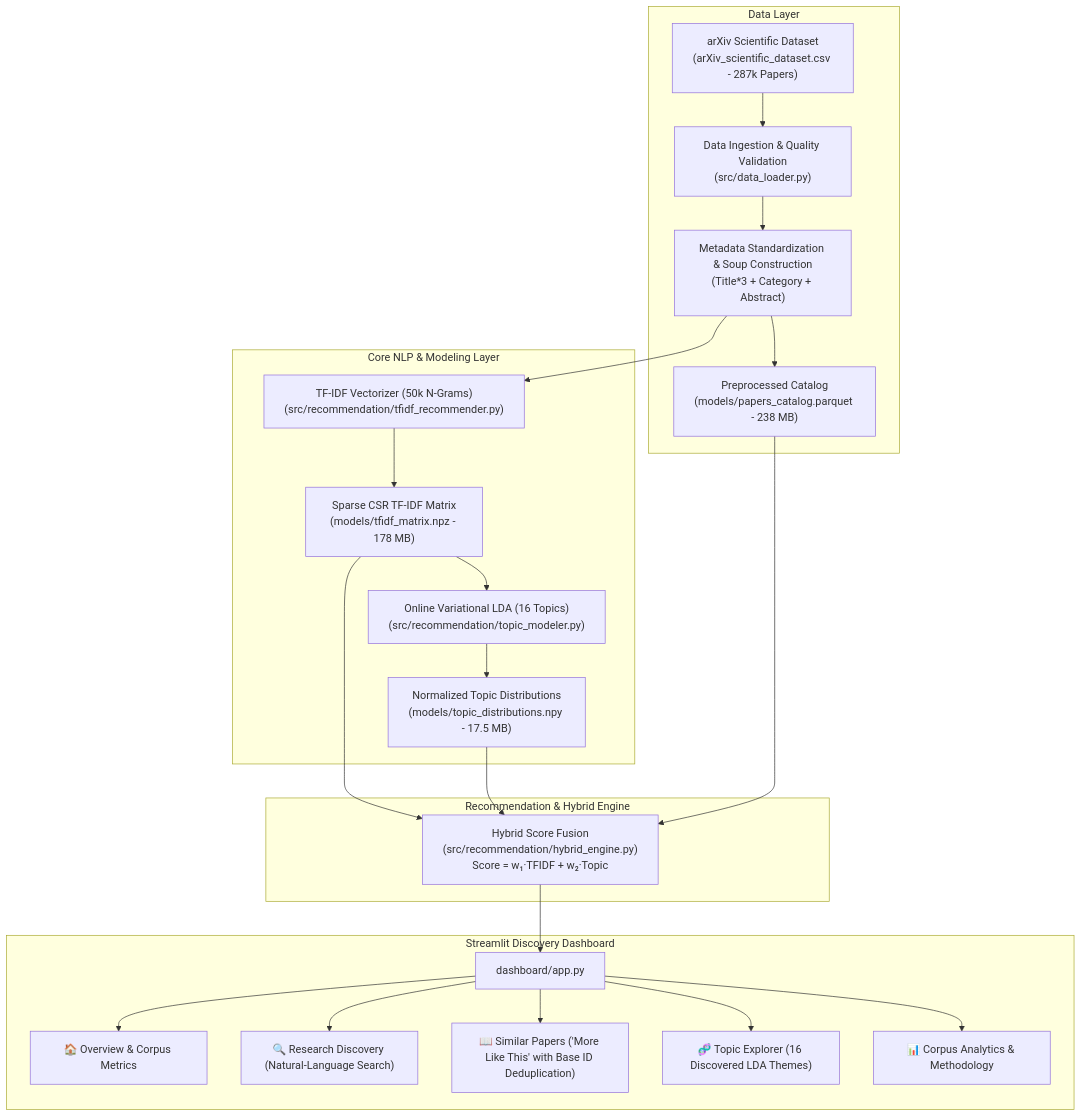
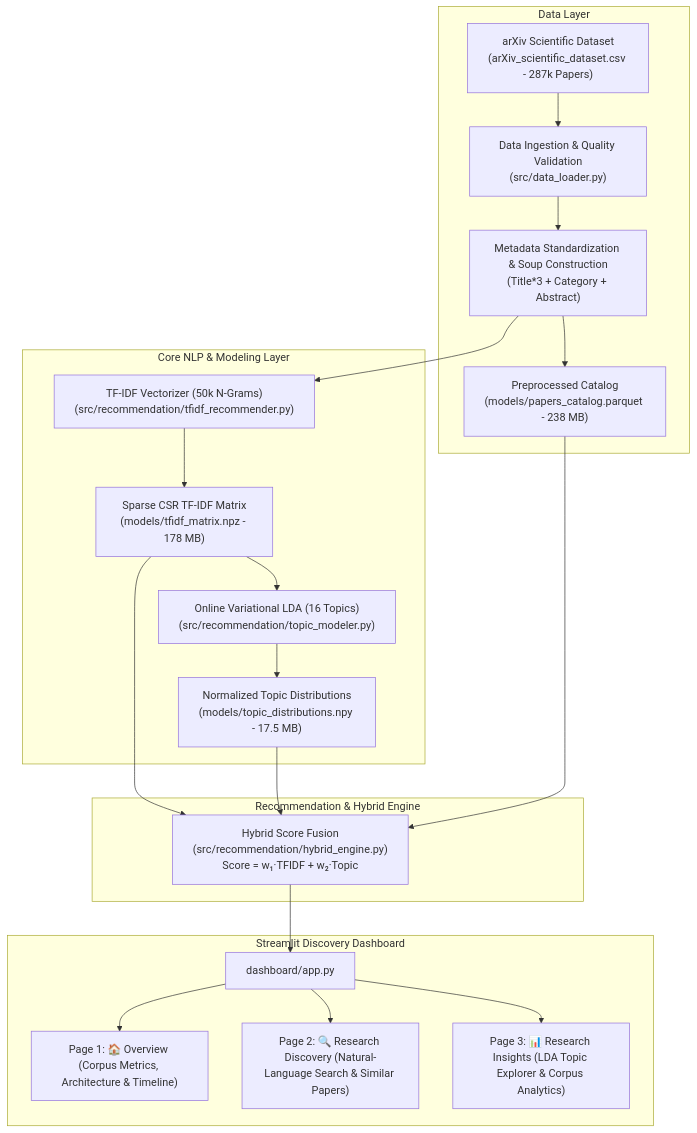
The diagram in README.md (sanjam4747/LitLens), drawn with Mermaid before and after one commit. The commit also changed other lines of this file and 13 other files, not shown here.

````diff
--- a/README.md
+++ b/README.md
@@ -30,31 +30,29 @@
 ```mermaid
 flowchart TD
     subgraph Data Layer
         A["arXiv Scientific Dataset\n(arXiv_scientific_dataset.csv - 287k Papers)"] --> B["Data Ingestion & Quality Validation\n(src/data_loader.py)"]
         B --> C["Metadata Standardization & Soup Construction\n(Title*3 + Category + Abstract)"]
         C --> D["Preprocessed Catalog\n(models/papers_catalog.parquet - 238 MB)"]
     end
 
     subgraph Core NLP & Modeling Layer
         C --> E1["TF-IDF Vectorizer (50k N-Grams)\n(src/recommendation/tfidf_recommender.py)"]
         E1 --> M1["Sparse CSR TF-IDF Matrix\n(models/tfidf_matrix.npz - 178 MB)"]
         
         M1 --> E2["Online Variational LDA (16 Topics)\n(src/recommendation/topic_modeler.py)"]
         E2 --> M2["Normalized Topic Distributions\n(models/topic_distributions.npy - 17.5 MB)"]
     end
 
     subgraph Recommendation & Hybrid Engine
         M1 --> F["Hybrid Score Fusion\n(src/recommendation/hybrid_engine.py)\nScore = w₁·TFIDF + w₂·Topic"]
         M2 --> F
         D --> F
     end
 
     subgraph Streamlit Discovery Dashboard
         F --> UI["dashboard/app.py"]
-        UI --> P1["🏠 Overview & Corpus Metrics"]
-        UI --> P2["🔍 Research Discovery (Natural-Language Search)"]
-        UI --> P3["📖 Similar Papers ('More Like This' with Base ID Deduplication)"]
-        UI --> P4["🧬 Topic Explorer (16 Discovered LDA Themes)"]
-        UI --> P5["📊 Corpus Analytics & Methodology"]
+        UI --> P1["Page 1: 🏠 Overview (Corpus Metrics, Architecture & Timeline)"]
+        UI --> P2["Page 2: 🔍 Research Discovery (Natural-Language Search & Similar Papers)"]
+        UI --> P3["Page 3: 📊 Research Insights (LDA Topic Explorer & Corpus Analytics)"]
     end
 ```
````
